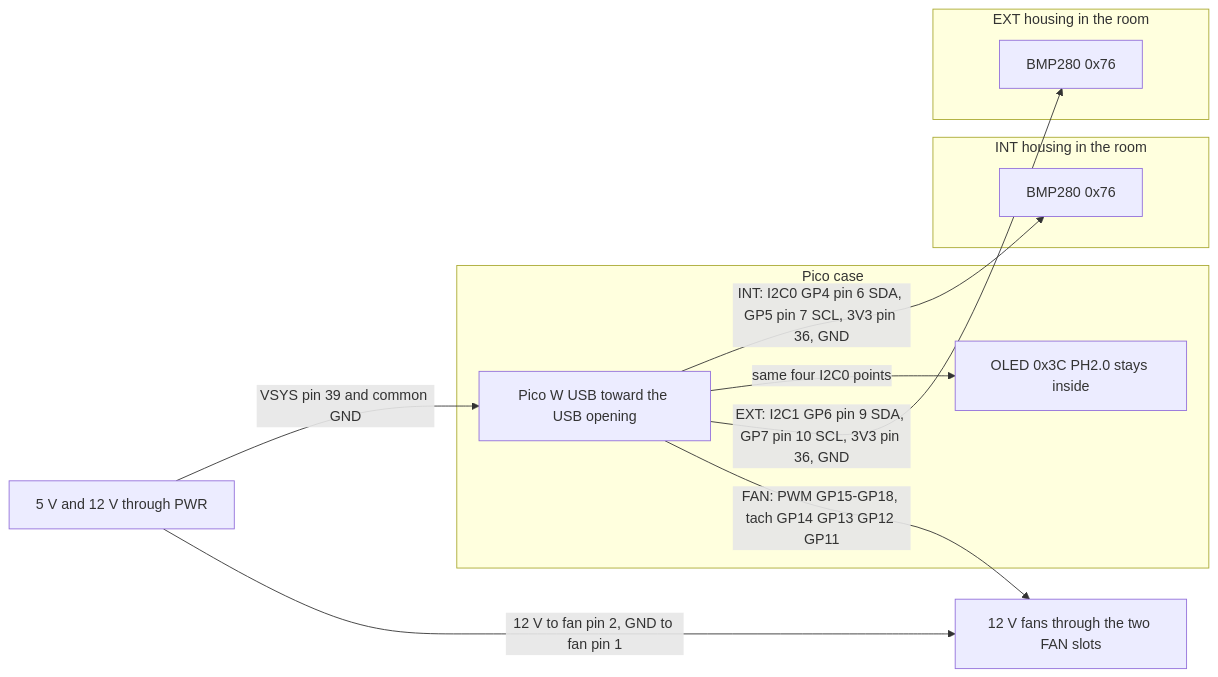
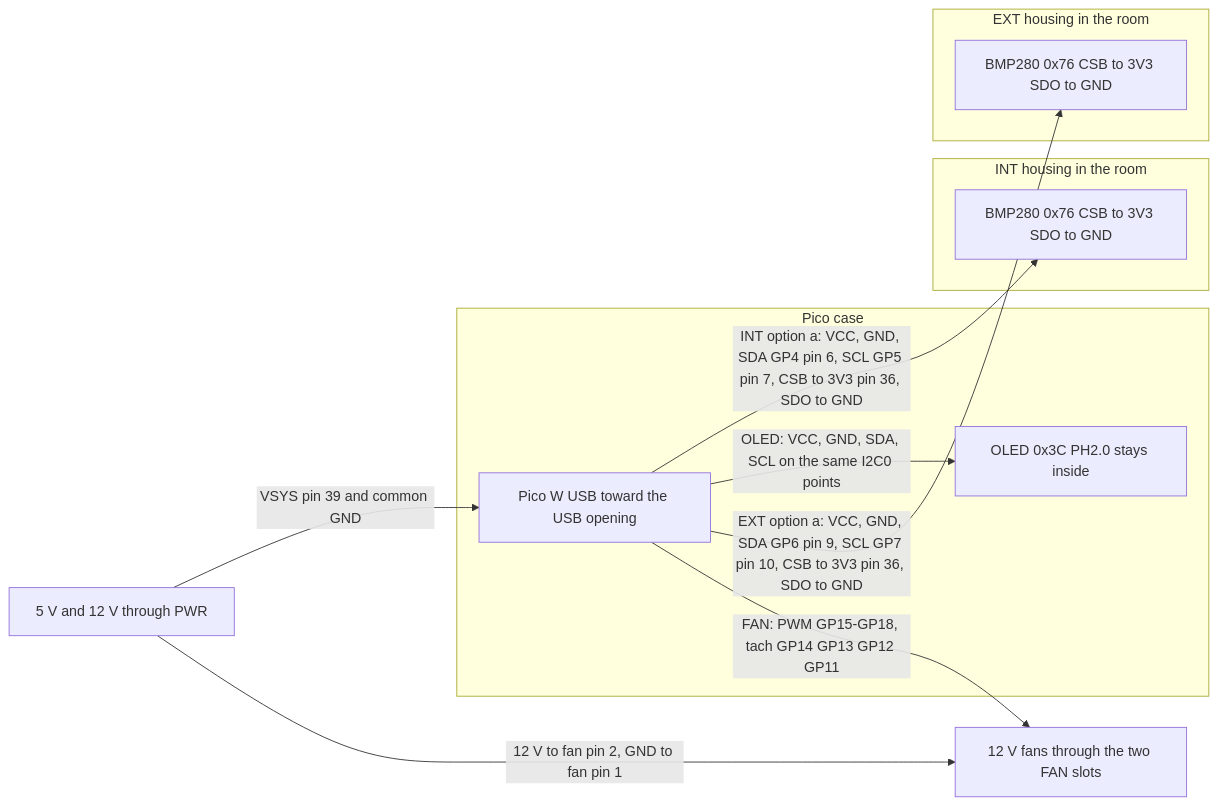
Before and after one commit to thordin9/rp-pico-fan-controller: the diagram in enclosure/README.md, drawn with Mermaid. The commit also changed other lines of this file and 57 other files, not shown here.

````diff
--- a/enclosure/README.md
+++ b/enclosure/README.md
@@ -84,21 +111,21 @@
 ```mermaid
 flowchart LR
   subgraph box [Pico case]
     pico["Pico W USB toward the USB opening"]
     oled["OLED 0x3C PH2.0 stays inside"]
   end
   subgraph inside [INT housing in the room]
-    bmpI["BMP280 0x76"]
+    bmpI["BMP280 0x76 CSB to 3V3 SDO to GND"]
   end
   subgraph outside [EXT housing in the room]
-    bmpE["BMP280 0x76"]
+    bmpE["BMP280 0x76 CSB to 3V3 SDO to GND"]
   end
   fans["12 V fans through the two FAN slots"]
   supply["5 V and 12 V through PWR"]
-  pico -->|"INT: I2C0 GP4 pin 6 SDA, GP5 pin 7 SCL, 3V3 pin 36, GND"| bmpI
-  pico -->|"same four I2C0 points"| oled
-  pico -->|"EXT: I2C1 GP6 pin 9 SDA, GP7 pin 10 SCL, 3V3 pin 36, GND"| bmpE
+  pico -->|"INT option a: VCC, GND, SDA GP4 pin 6, SCL GP5 pin 7, CSB to 3V3 pin 36, SDO to GND"| bmpI
+  pico -->|"OLED: VCC, GND, SDA, SCL on the same I2C0 points"| oled
+  pico -->|"EXT option a: VCC, GND, SDA GP6 pin 9, SCL GP7 pin 10, CSB to 3V3 pin 36, SDO to GND"| bmpE
   pico -->|"FAN: PWM GP15-GP18, tach GP14 GP13 GP12 GP11"| fans
   supply -->|"VSYS pin 39 and common GND"| pico
   supply -->|"12 V to fan pin 2, GND to fan pin 1"| fans
 ```
````
